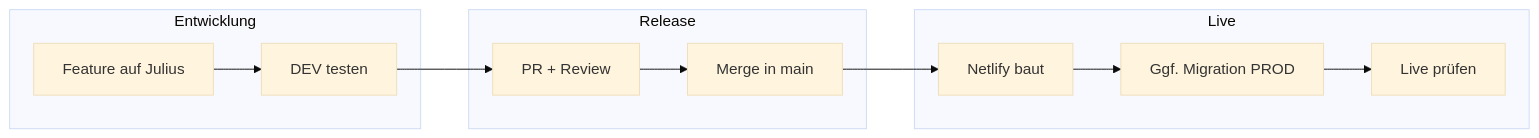
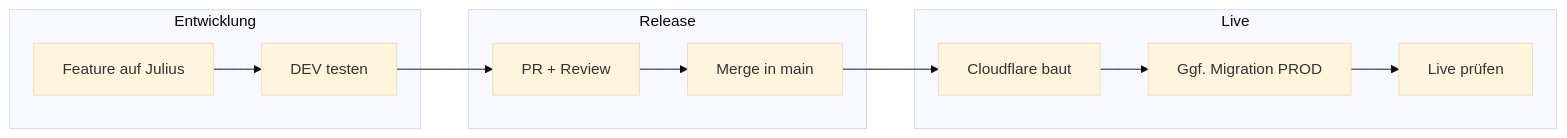
The diagram in docs/VOLLSTÄNDIGER_WORKFLOW.md (YogaFlow/YogaFlow-DEV), drawn with Mermaid (base theme) before and after one commit. The commit also changed other lines of this file and 15 other files, not shown here.

First line of the commit message:
chore: Netlify entfernt, Docs und Cursor-Regeln auf Cloudflare umgestellt

````diff
--- a/docs/VOLLSTÄNDIGER_WORKFLOW.md
+++ b/docs/VOLLSTÄNDIGER_WORKFLOW.md
@@ -200,17 +196,17 @@
 ```mermaid
 flowchart LR
   subgraph dev [Entwicklung]
     A[Feature auf Julius]
     B[DEV testen]
   end
   subgraph release [Release]
     C[PR + Review]
     D[Merge in main]
   end
   subgraph live [Live]
-    E[Netlify baut]
+    E[Cloudflare baut]
     F[Ggf. Migration PROD]
     G[Live prüfen]
   end
   A --> B --> C --> D --> E --> F --> G
 ```
````
